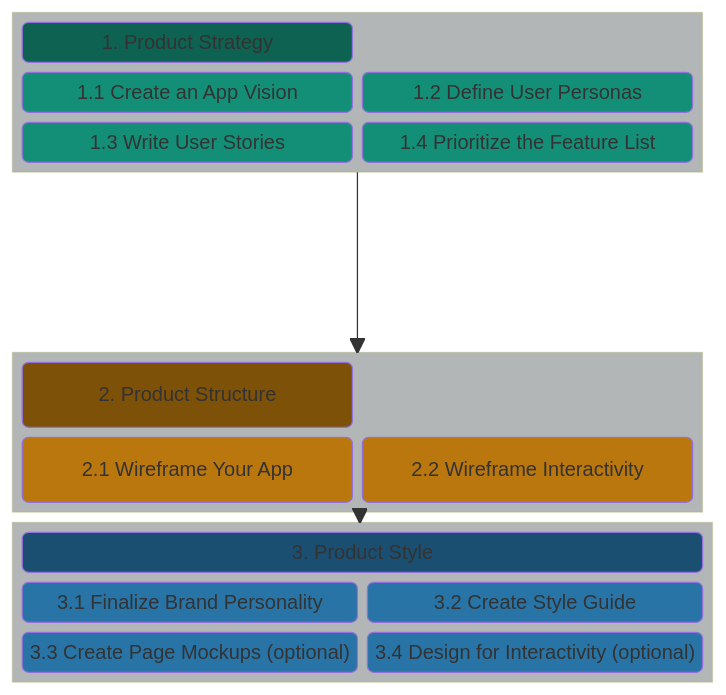
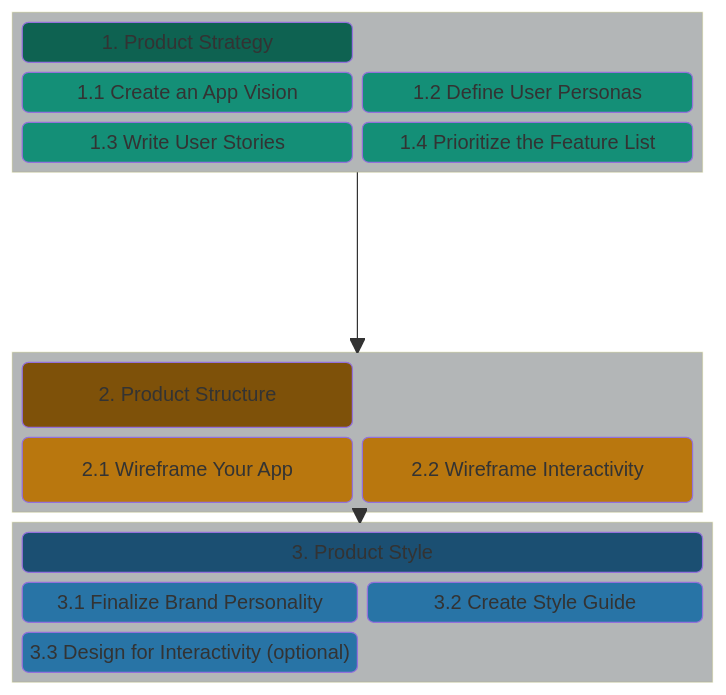
One commit to chingu-voyages/Handbook changed the first of 3 diagrams in docs/resources/techresources/uiux.md. Above: the diagram before and after it, drawn with Mermaid. The commit also changed other lines of this file, not shown here.

````diff
--- a/docs/resources/techresources/uiux.md
+++ b/docs/resources/techresources/uiux.md
@@ -15,48 +15,46 @@
 ```mermaid
 block-beta
 columns 1
   block:STRATEGY
     columns 2
     A("1. Product Strategy"):2
     B("1.1 Create an App Vision")
     C("1.2 Define User Personas")
     D("1.3 Write User Stories")
     E("1.4 Prioritize the Feature List")
   end
   space
   block:STRUCTURE
     columns 2
     G("2. Product Structure"):2
     J("2.1 Wireframe Your App")
     L("2.2 Wireframe Interactivity")
   end
   STRATEGY --> STRUCTURE
   block:STYLE
     columns 2
     M("3. Product Style"):2
     N("3.1 Finalize Brand Personality")
     O("3.2 Create Style Guide")
-    P("3.3 Create Page Mockups (optional)")
-    Q("3.4 Design for Interactivity (optional)")
+    Q("3.3 Design for Interactivity (optional)")
   end
   STRUCTURE --> STYLE
   style A fill:#0e6251
   style B fill:#148f77
   style C fill:#148f77
   style D fill:#148f77
   style E fill:#148f77
 
   style G fill:#7e5109
   style J fill:#b9770e
   style L fill:#b9770e
 
   style M fill:#1b4f72
   style N fill:#2874a6
   style O fill:#2874a6
-  style P fill:#2874a6
   style Q fill:#2874a6
 
   style STRATEGY fill:#b3b6b7
   style STRUCTURE fill:#b3b6b7
   style STYLE fill:#b3b6b7
 ```
````
